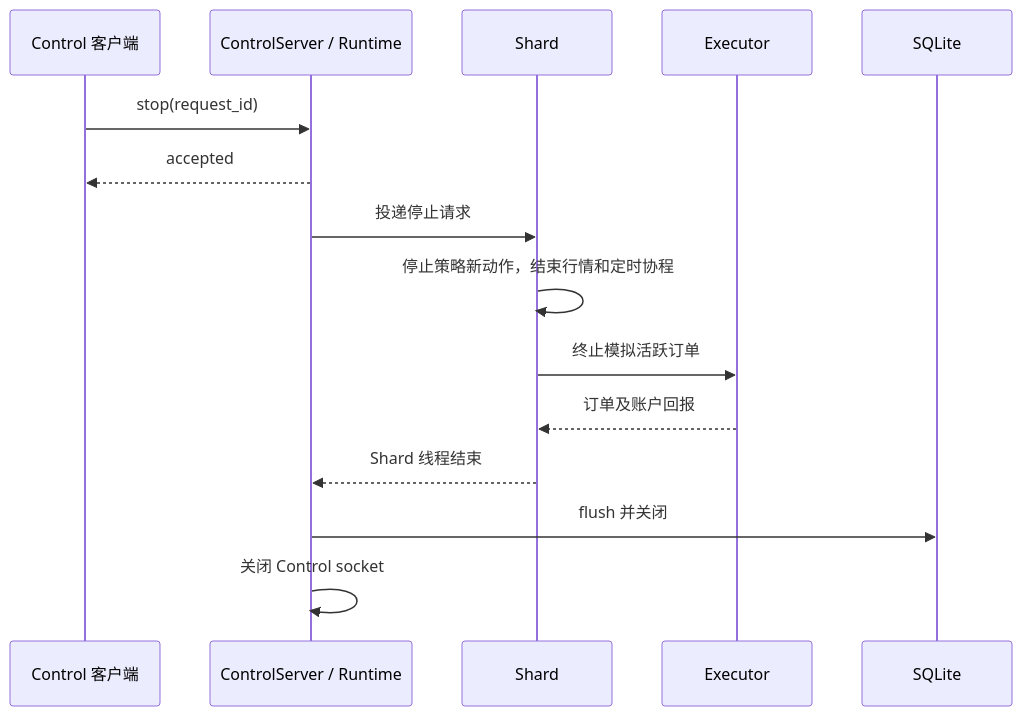
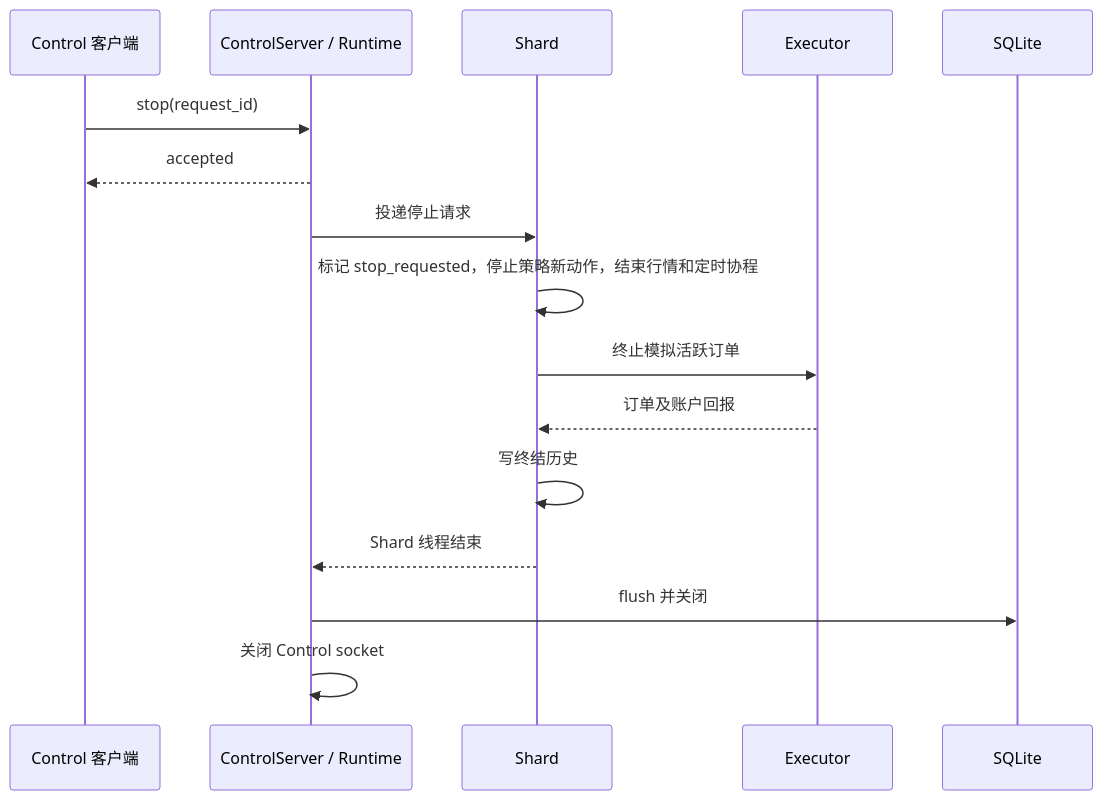
The seventh of 7 diagrams in docs/DESIGN.md (larrystd/hbot-quant), drawn with Mermaid before and after one commit. The commit also changed other lines of this file, not shown here.

```diff
--- a/docs/DESIGN.md
+++ b/docs/DESIGN.md
@@ -318,17 +418,18 @@
 ~~~mermaid
 sequenceDiagram
     participant C as Control 客户端
     participant A as ControlServer / Runtime
     participant S as Shard
     participant E as Executor
     participant D as SQLite
     C->>A: stop(request_id)
     A-->>C: accepted
     A->>S: 投递停止请求
-    S->>S: 停止策略新动作，结束行情和定时协程
+    S->>S: 标记 stop_requested，停止策略新动作，结束行情和定时协程
     S->>E: 终止模拟活跃订单
     E-->>S: 订单及账户回报
+    S->>S: 写终结历史
     S-->>A: Shard 线程结束
     A->>D: flush 并关闭
     A->>A: 关闭 Control socket
 ~~~
```
